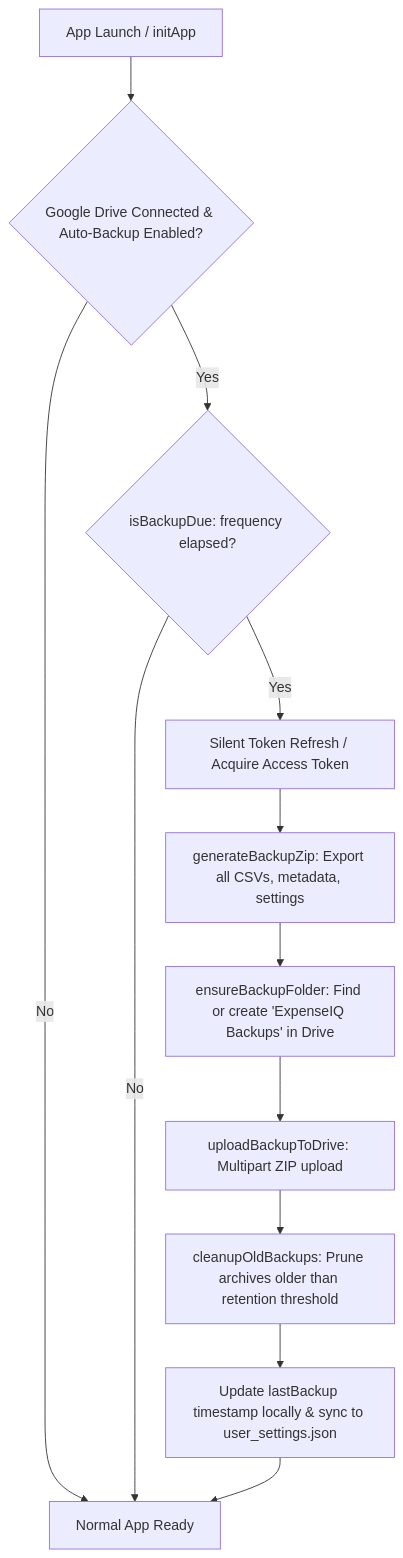
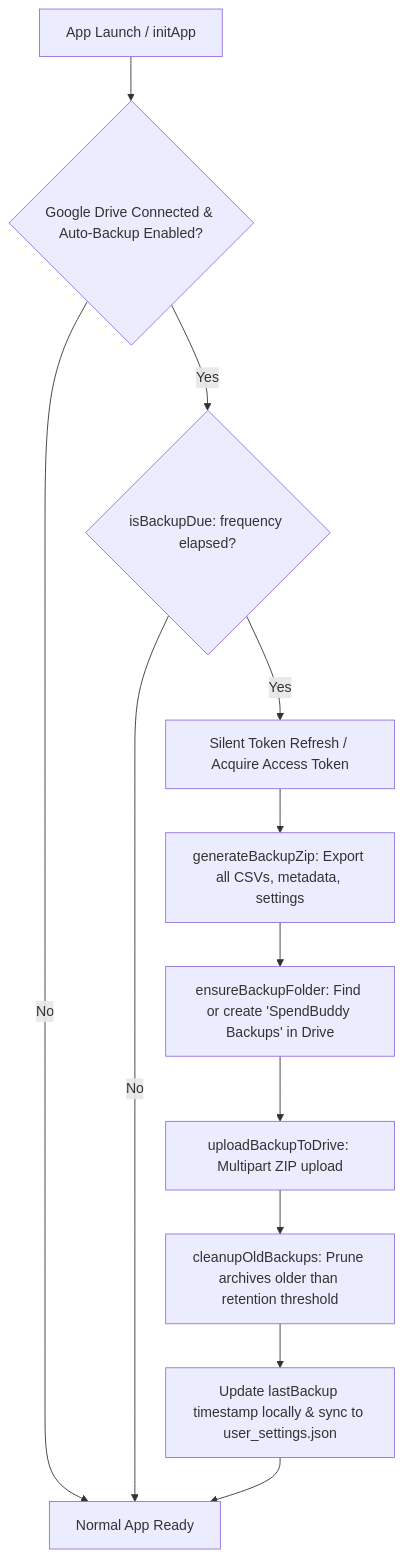
Before and after one commit to rakeshmalik91/spendbuddy: the first of 2 diagrams in docs/architecture/google-drive-backup.md, drawn with Mermaid. The commit also changed other lines of this file and 124 other files, not shown here.

First line of the commit message:
refactor: rename app to SpendBuddy

````diff
--- a/docs/architecture/google-drive-backup.md
+++ b/docs/architecture/google-drive-backup.md
@@ -10,14 +10,14 @@
 ```mermaid
 flowchart TD
     A[App Launch / initApp] --> B{Google Drive Connected & Auto-Backup Enabled?}
     B -- No --> C[Normal App Ready]
     B -- Yes --> D{isBackupDue: frequency elapsed?}
     D -- No --> C
     D -- Yes --> E[Silent Token Refresh / Acquire Access Token]
     E --> F[generateBackupZip: Export all CSVs, metadata, settings]
-    F --> G[ensureBackupFolder: Find or create 'ExpenseIQ Backups' in Drive]
+    F --> G[ensureBackupFolder: Find or create 'SpendBuddy Backups' in Drive]
     G --> H[uploadBackupToDrive: Multipart ZIP upload]
     H --> I[cleanupOldBackups: Prune archives older than retention threshold]
     I --> J[Update lastBackup timestamp locally & sync to user_settings.json]
     J --> C
 ```
````
